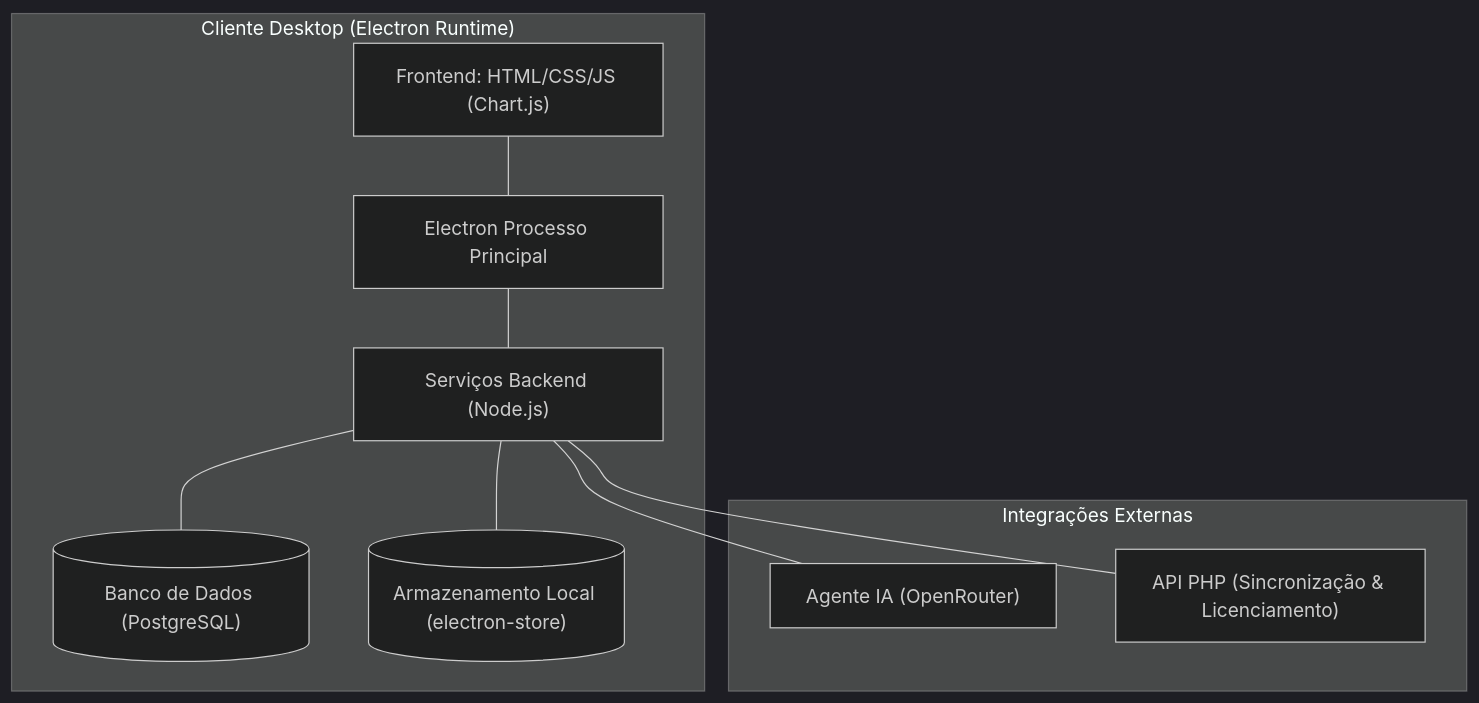
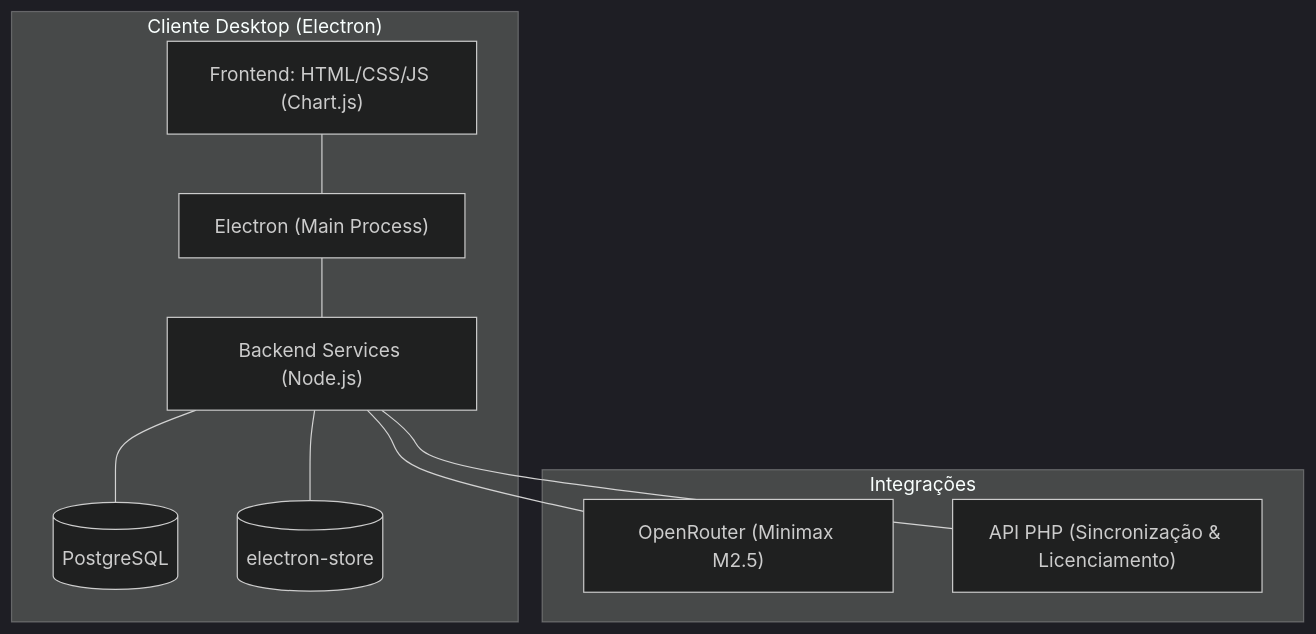
The diagram in README.md (o42288107-web/UniCloud-Inteligencia-Financeira), drawn with Mermaid (dark theme) before and after one commit. The commit also changed other lines of this file, not shown here.

````diff
--- a/README.md
+++ b/README.md
@@ -19,14 +9,14 @@
 ```mermaid
 graph TD
-    subgraph ClienteDesktop ["Cliente Desktop (Electron Runtime)"]
-        UI["Frontend: HTML/CSS/JS (Chart.js)"] --- Electron["Electron Processo Principal"]
-        Electron --- Backend["Serviços Backend (Node.js)"]
-        Backend --- DB[("Banco de Dados (PostgreSQL)")]
-        Backend --- LocalStore[("Armazenamento Local (electron-store)")]
+    subgraph ClienteDesktop ["Cliente Desktop (Electron)"]
+        UI["Frontend: HTML/CSS/JS (Chart.js)"] --- Electron["Electron (Main Process)"]
+        Electron --- Backend["Backend Services (Node.js)"]
+        Backend --- DB[("PostgreSQL")]
+        Backend --- LocalStore[("electron-store")]
     end
     
-    subgraph IntegracoesExternas ["Integrações Externas"]
-        Backend --- AI["Agente IA (OpenRouter)"]
+    subgraph IntegracoesExternas ["Integrações"]
+        Backend --- AI["OpenRouter (Minimax M2.5)"]
         Backend --- PHP["API PHP (Sincronização & Licenciamento)"]
     end
 ```
````
